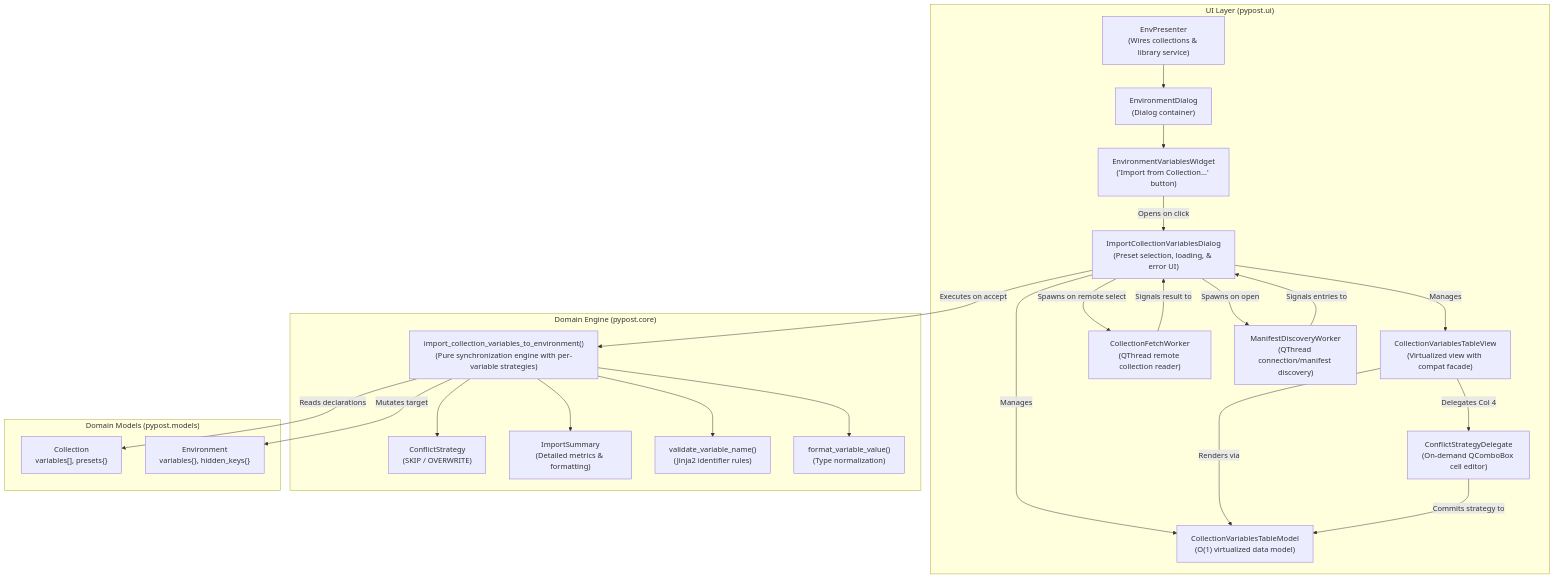
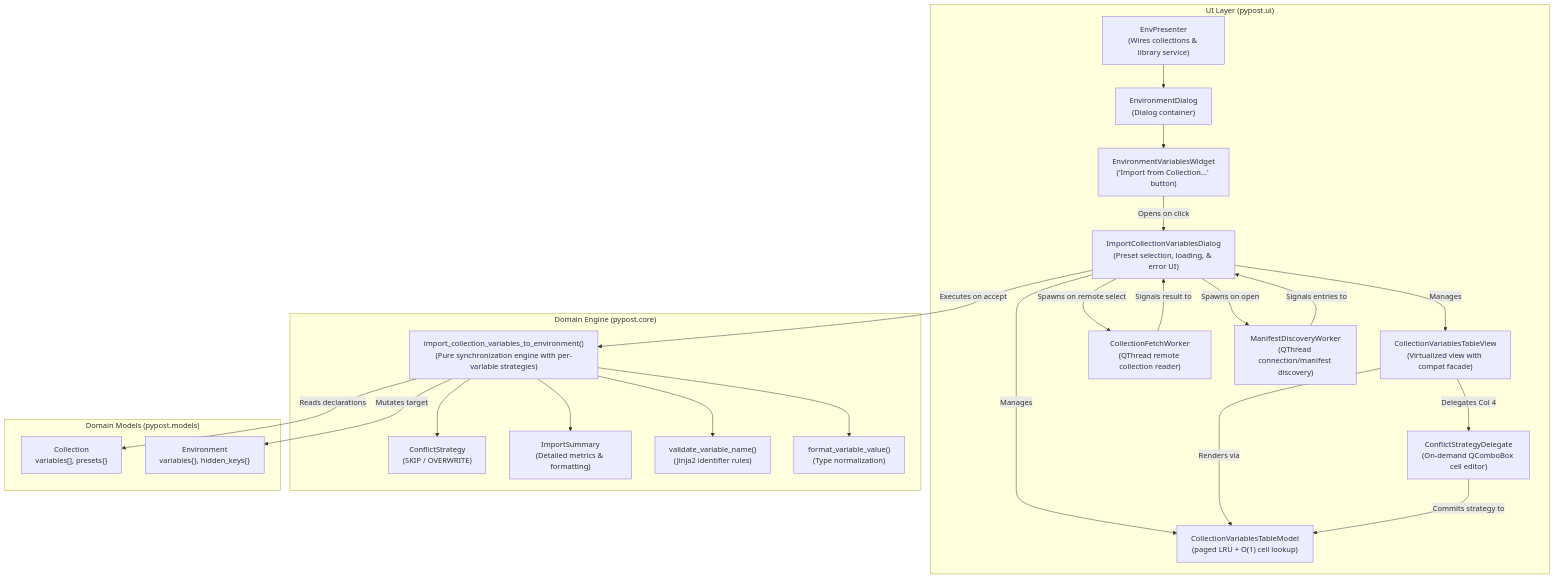
One commit to koctep/pypost changed the diagram in doc/dev/workspace_environment_variable_import.md. Above: the diagram before and after it, drawn with Mermaid. The commit also changed other lines of this file and 9 other files, not shown here.

First line of the commit message:
feat(ui): PYPOST-1427 paged CollectionVariablesTableModel for extreme catalogs

````diff
--- a/doc/dev/workspace_environment_variable_import.md
+++ b/doc/dev/workspace_environment_variable_import.md
@@ -51,49 +51,49 @@
 ```mermaid
 flowchart TB
     subgraph UI["UI Layer (pypost.ui)"]
         EP["EnvPresenter<br/>(Wires collections & library service)"]
         ED["EnvironmentDialog<br/>(Dialog container)"]
         EVW["EnvironmentVariablesWidget<br/>('Import from Collection…' button)"]
         ICD["ImportCollectionVariablesDialog<br/>(Preset selection, loading, & error UI)"]
         CVTV["CollectionVariablesTableView<br/>(Virtualized view with compat facade)"]
-        CVTM["CollectionVariablesTableModel<br/>(O(1) virtualized data model)"]
+        CVTM["CollectionVariablesTableModel<br/>(paged LRU + O(1) cell lookup)"]
         CSD["ConflictStrategyDelegate<br/>(On-demand QComboBox cell editor)"]
         CFW["CollectionFetchWorker<br/>(QThread remote collection reader)"]
         MDW["ManifestDiscoveryWorker<br/>(QThread connection/manifest discovery)"]
         
         EP --> ED
         ED --> EVW
         EVW -->|Opens on click| ICD
         ICD -->|Manages| CVTV
         ICD -->|Manages| CVTM
         ICD -->|Spawns on open| MDW
         ICD -->|Spawns on remote select| CFW
         CVTV -->|Renders via| CVTM
         CVTV -->|Delegates Col 4| CSD
         CSD -->|Commits strategy to| CVTM
         MDW -->|Signals entries to| ICD
         CFW -->|Signals result to| ICD
     end
 
     subgraph Domain["Domain Engine (pypost.core)"]
         CVI["import_collection_variables_to_environment()<br/>(Pure synchronization engine with per-variable strategies)"]
         CS["ConflictStrategy<br/>(SKIP / OVERWRITE)"]
         IS["ImportSummary<br/>(Detailed metrics & formatting)"]
         VAL["validate_variable_name()<br/>(Jinja2 identifier rules)"]
         NORM["format_variable_value()<br/>(Type normalization)"]
 
         ICD -->|Executes on accept| CVI
         CVI --> CS
         CVI --> IS
         CVI --> VAL
         CVI --> NORM
     end
 
     subgraph Models["Domain Models (pypost.models)"]
         COL["Collection<br/>variables[], presets{}"]
         ENV["Environment<br/>variables{}, hidden_keys{}"]
 
         CVI -->|Reads declarations| COL
         CVI -->|Mutates target| ENV
     end
 ```
````
